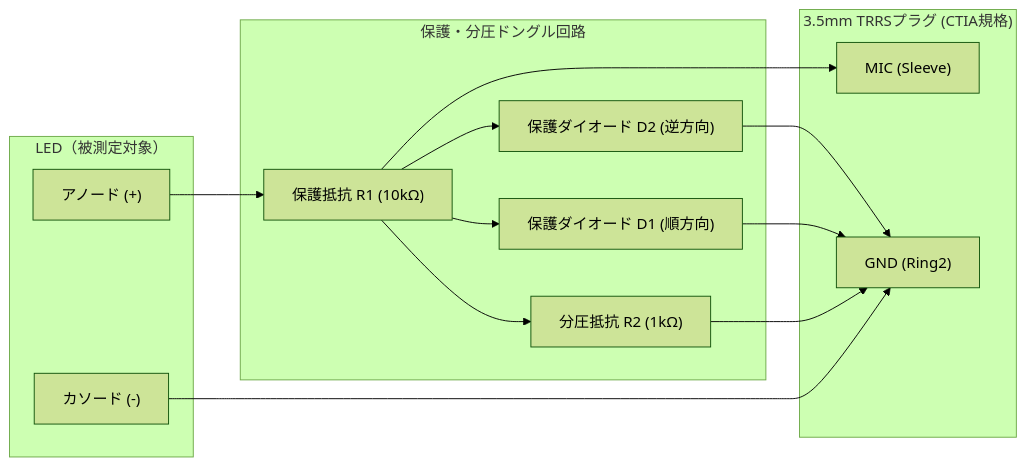
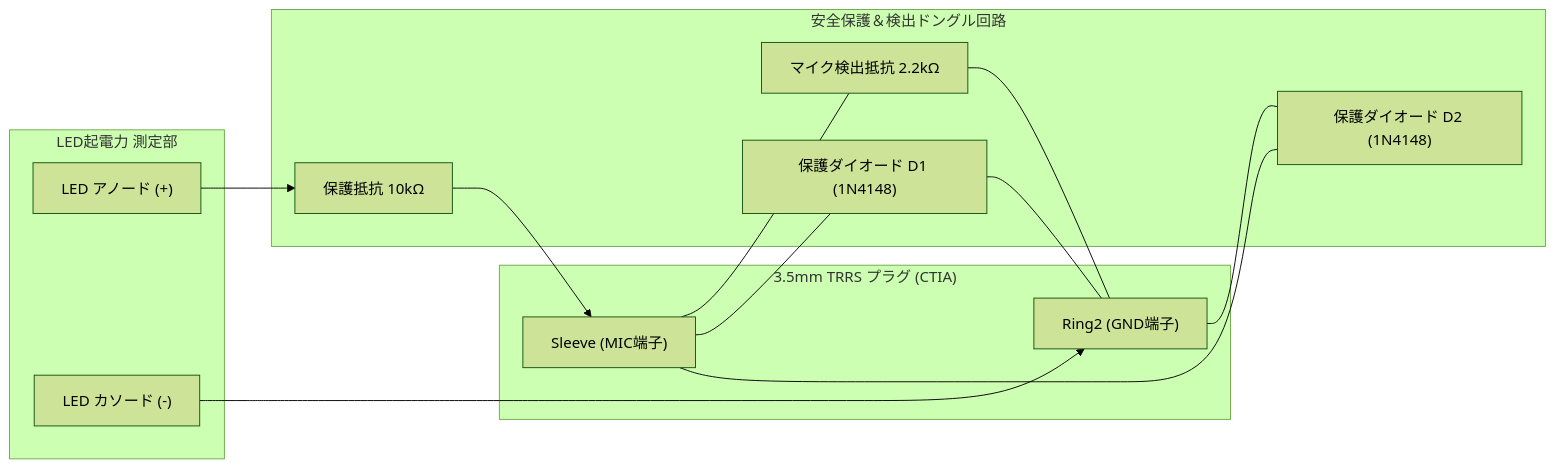
The diagram in playground.md (bigsingle/playground), drawn with Mermaid (forest theme) before and after one commit.

````diff
--- a/playground.md
+++ b/playground.md
@@ -1,32 +1,31 @@
 ```mermaid
 
-flowchart LR
-    subgraph LED_Side ["LED（被測定対象）"]
-        A_Anode["アノード (+)"]
-        A_Cathode["カソード (-)"]
+graph LR
+    subgraph LED_Board ["LED起電力 測定部"]
+        LED_Anode["LED アノード (+)"]
+        LED_Cathode["LED カソード (-)"]
     end
 
-    subgraph Dongle ["保護・分圧ドングル回路"]
-        R1["保護抵抗 R1 (10kΩ)"]
-        R2["分圧抵抗 R2 (1kΩ)"]
-        D1["保護ダイオード D1 (順方向)"]
-        D2["保護ダイオード D2 (逆方向)"]
+    subgraph Dongle_Circuit ["安全保護＆検出ドングル回路"]
+        R_Protect["保護抵抗 10kΩ"]
+        R_Detect["マイク検出抵抗 2.2kΩ"]
+        D1["保護ダイオード D1 (1N4148)"]
+        D2["保護ダイオード D2 (1N4148)"]
     end
 
-    subgraph TRRS_Plug ["3.5mm TRRSプラグ (CTIA規格)"]
-        MIC["MIC (Sleeve)"]
-        GND["GND (Ring2)"]
+    subgraph TRRS_Plug ["3.5mm TRRS プラグ (CTIA)"]
+        MIC["Sleeve (MIC端子)"]
+        GND["Ring2 (GND端子)"]
     end
 
-    A_Anode --> R1
-    R1 --> R2
-    R1 --> D1
-    R1 --> D2
-    R1 --> MIC
+    %% 配線接続
+    LED_Anode --> R_Protect
+    R_Protect --> MIC
+    
+    LED_Cathode --> GND
 
-    A_Cathode --> GND
-    R2 --> GND
-    D1 --> GND
-    D2 --> GND
-
+    %% 検出抵抗・保護ダイオード（並列接続）
+    MIC --- R_Detect --- GND
+    MIC --- D1 --- GND
+    GND --- D2 --- MIC
 ```
````
